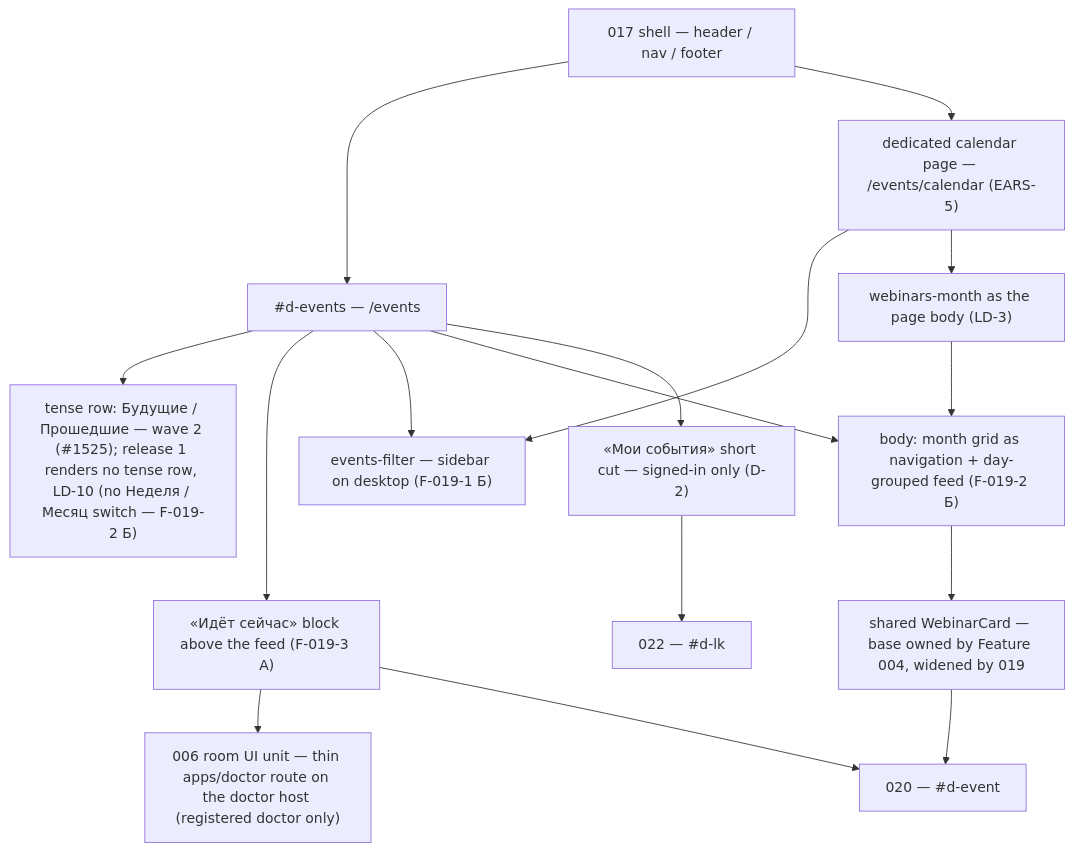
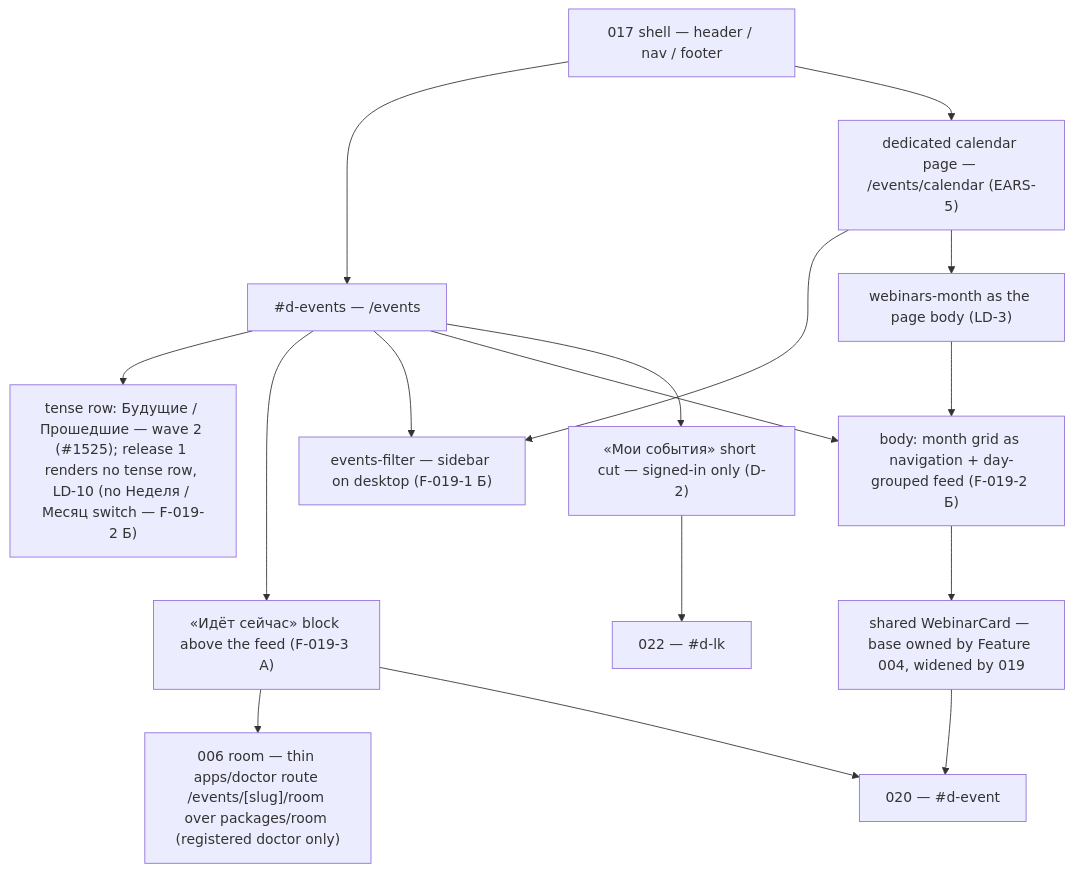
One commit to doctor-school/ds-platform changed the first of 6 diagrams in apps/docs/content/specs/features/019-doctor-events-feed/019-design.md. Above: the diagram before and after it, drawn with Mermaid. The commit also changed other lines of this file and 6 other files, not shown here.

First line of the commit message:
docs(1722): record the doctor room route /events/[slug]/room and the packages/room target in 019/020 + capability registry (#1864)

````diff
--- a/apps/docs/content/specs/features/019-doctor-events-feed/019-design.md
+++ b/apps/docs/content/specs/features/019-doctor-events-feed/019-design.md
@@ -17,18 +17,18 @@
 ```mermaid
 graph TD
   Shell["017 shell — header / nav / footer"] --> Events["#d-events — /events"]
   Shell --> Cal["dedicated calendar page — /events/calendar (EARS-5)"]
   Events --> Row["tense row: Будущие / Прошедшие — wave 2 (#1525); release 1 renders no tense row, LD-10 (no Неделя / Месяц switch — F-019-2 Б)"]
   Events --> Live["«Идёт сейчас» block above the feed (F-019-3 А)"]
   Events --> Panel["events-filter — sidebar on desktop (F-019-1 Б)"]
   Events --> Body["body: month grid as navigation + day-grouped feed (F-019-2 Б)"]
   Events --> Mine["«Мои события» short cut — signed-in only (D-2)"]
   Cal --> Panel
   Cal --> Month["webinars-month as the page body (LD-3)"]
   Body --> Card["shared WebinarCard — base owned by Feature 004, widened by 019"]
   Month --> Body
   Card --> Event["020 — #d-event"]
-  Live --> Room["006 room UI unit — thin apps/doctor route on the doctor host (registered doctor only)"]
+  Live --> Room["006 room — thin apps/doctor route /events/[slug]/room over packages/room (registered doctor only)"]
   Live --> Event
   Mine --> Cabinet["022 — #d-lk"]
 ```
````
